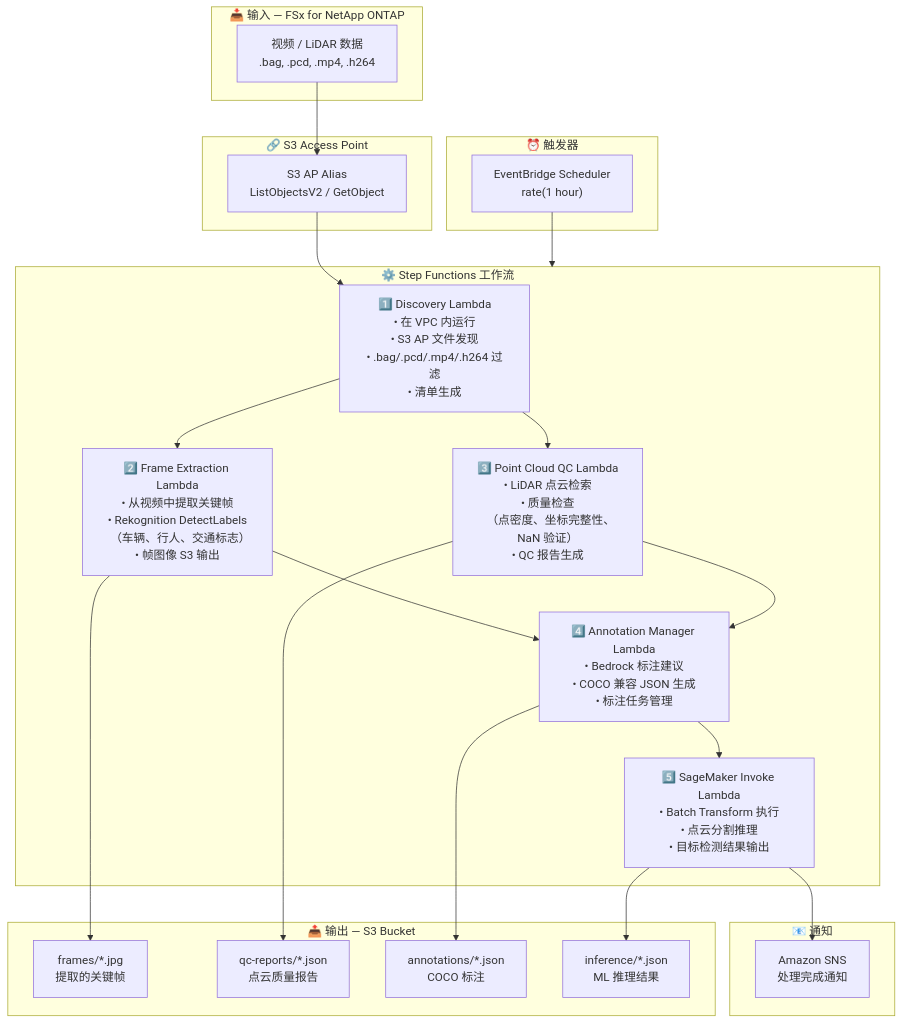
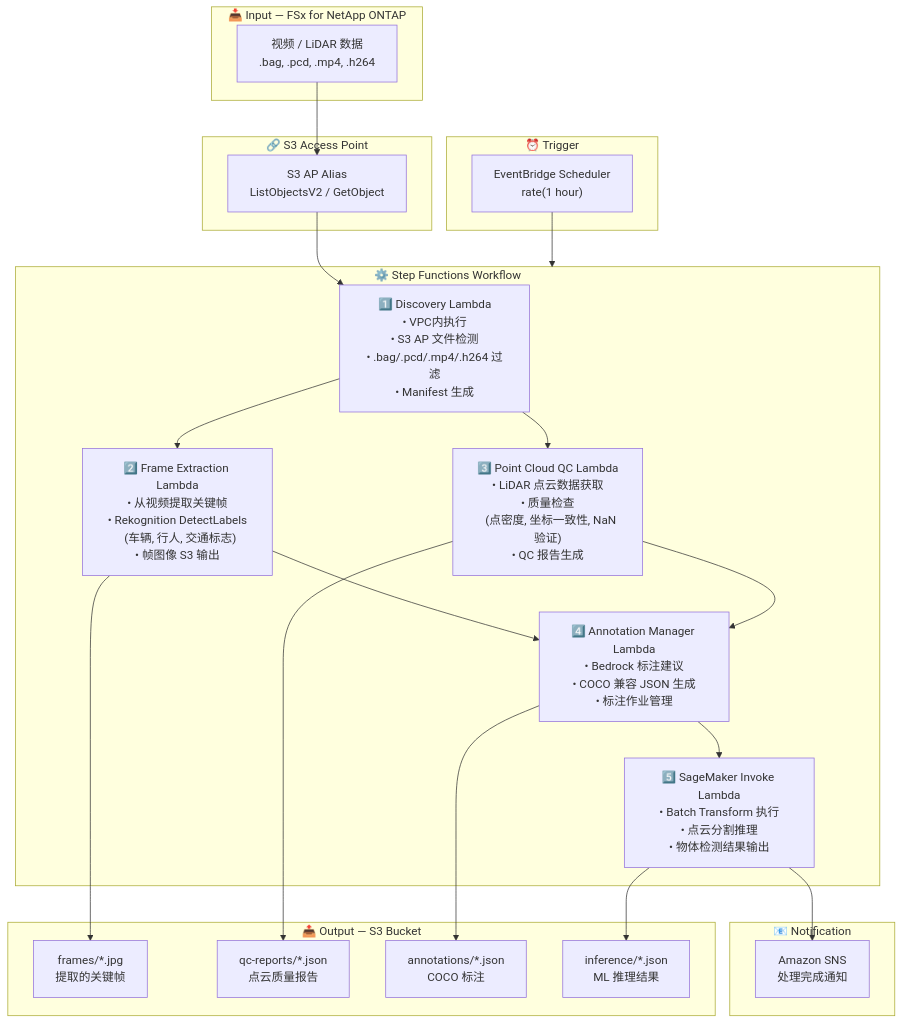
Before and after one commit to Yoshiki0705/FSx-for-ONTAP-S3AccessPoints-Serverless-Patterns: the diagram in autonomous-driving/docs/architecture.zh-CN.md, drawn with Mermaid. The commit also changed other lines of this file and 54 other files, not shown here.

````diff
--- a/autonomous-driving/docs/architecture.zh-CN.md
+++ b/autonomous-driving/docs/architecture.zh-CN.md
@@ -11,47 +13,47 @@
 ```mermaid
 flowchart TB
-    subgraph INPUT["📥 输入 — FSx for NetApp ONTAP"]
+    subgraph INPUT["📥 Input — FSx for NetApp ONTAP"]
         DATA["视频 / LiDAR 数据<br/>.bag, .pcd, .mp4, .h264"]
     end
 
     subgraph S3AP["🔗 S3 Access Point"]
         ALIAS["S3 AP Alias<br/>ListObjectsV2 / GetObject"]
     end
 
-    subgraph TRIGGER["⏰ 触发器"]
+    subgraph TRIGGER["⏰ Trigger"]
         EB["EventBridge Scheduler<br/>rate(1 hour)"]
     end
 
-    subgraph SFN["⚙️ Step Functions 工作流"]
-        DISC["1️⃣ Discovery Lambda<br/>• 在 VPC 内运行<br/>• S3 AP 文件发现<br/>• .bag/.pcd/.mp4/.h264 过滤<br/>• 清单生成"]
-        FE["2️⃣ Frame Extraction Lambda<br/>• 从视频中提取关键帧<br/>• Rekognition DetectLabels<br/>  （车辆、行人、交通标志）<br/>• 帧图像 S3 输出"]
-        PC["3️⃣ Point Cloud QC Lambda<br/>• LiDAR 点云检索<br/>• 质量检查<br/>  （点密度、坐标完整性、NaN 验证）<br/>• QC 报告生成"]
-        AM["4️⃣ Annotation Manager Lambda<br/>• Bedrock 标注建议<br/>• COCO 兼容 JSON 生成<br/>• 标注任务管理"]
-        SM["5️⃣ SageMaker Invoke Lambda<br/>• Batch Transform 执行<br/>• 点云分割推理<br/>• 目标检测结果输出"]
+    subgraph SFN["⚙️ Step Functions Workflow"]
+        DISC["1️⃣ Discovery Lambda<br/>• VPC内执行<br/>• S3 AP 文件检测<br/>• .bag/.pcd/.mp4/.h264 过滤<br/>• Manifest 生成"]
+        FE["2️⃣ Frame Extraction Lambda<br/>• 从视频提取关键帧<br/>• Rekognition DetectLabels<br/>  (车辆, 行人, 交通标志)<br/>• 帧图像 S3 输出"]
+        PC["3️⃣ Point Cloud QC Lambda<br/>• LiDAR 点云数据获取<br/>• 质量检查<br/>  (点密度, 坐标一致性, NaN验证)<br/>• QC 报告生成"]
+        AM["4️⃣ Annotation Manager Lambda<br/>• Bedrock 标注建议<br/>• COCO 兼容 JSON 生成<br/>• 标注作业管理"]
+        SM["5️⃣ SageMaker Invoke Lambda<br/>• Batch Transform 执行<br/>• 点云分割推理<br/>• 物体检测结果输出"]
     end
 
-    subgraph OUTPUT["📤 输出 — S3 Bucket"]
+    subgraph OUTPUT["📤 Output — S3 Bucket"]
         FRAMES["frames/*.jpg<br/>提取的关键帧"]
         QCR["qc-reports/*.json<br/>点云质量报告"]
         ANNOT["annotations/*.json<br/>COCO 标注"]
         INFER["inference/*.json<br/>ML 推理结果"]
     end
 
-    subgraph NOTIFY["📧 通知"]
+    subgraph NOTIFY["📧 Notification"]
         SNS["Amazon SNS<br/>处理完成通知"]
     end
 
     DATA --> ALIAS
     ALIAS --> DISC
     EB --> SFN
     DISC --> FE
     DISC --> PC
     FE --> AM
     PC --> AM
     AM --> SM
     FE --> FRAMES
     PC --> QCR
     AM --> ANNOT
     SM --> INFER
     SM --> SNS
 ```
````
